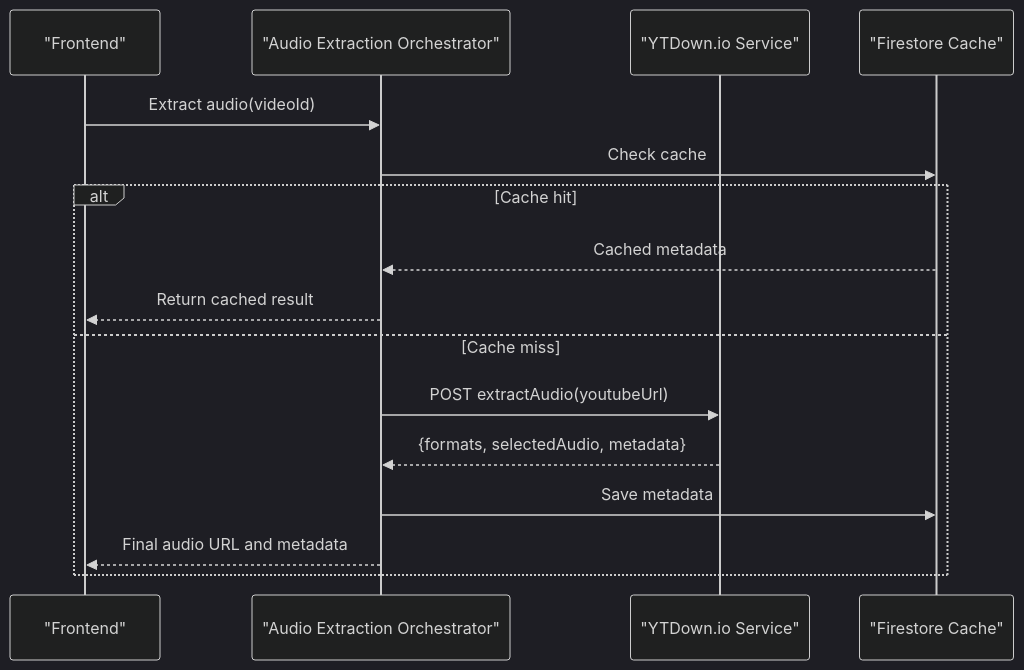
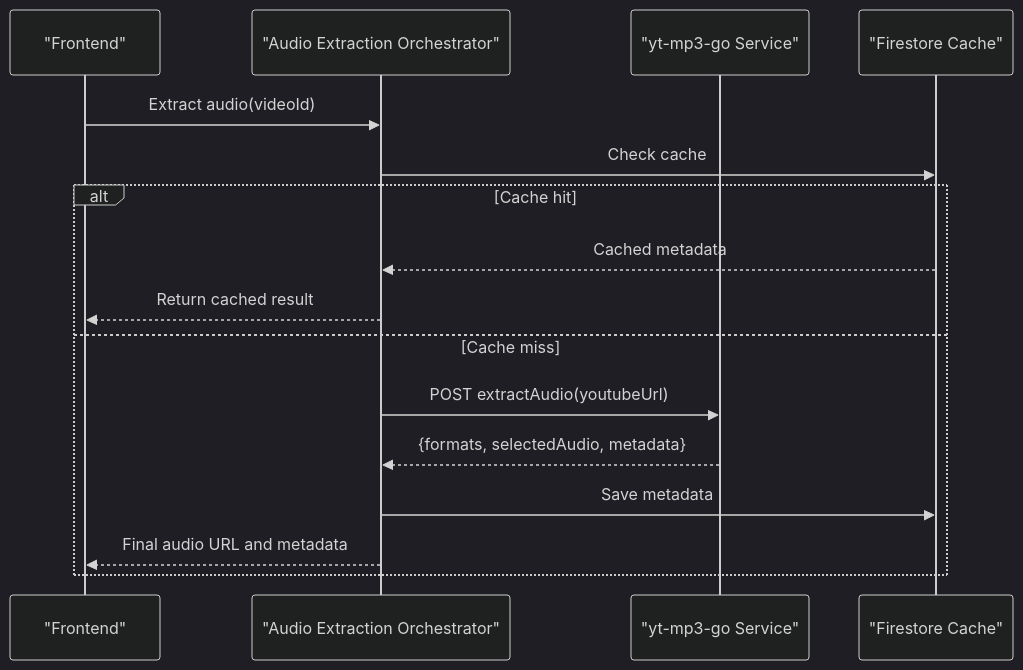
One commit to ptnghia-j/ChordMiniApp changed the third of 7 diagrams in .qoder/repowiki/en/content/Backend Services/External Integrations.md. Above: the diagram before and after it, drawn with Mermaid (dark theme). The commit also changed other lines of this file and 18 other files, not shown here.

````diff
--- a/.qoder/repowiki/en/content/Backend Services/External Integrations.md
+++ b/.qoder/repowiki/en/content/Backend Services/External Integrations.md
@@ -178,18 +178,18 @@
 ```mermaid
 sequenceDiagram
 participant FE as "Frontend"
 participant AE as "Audio Extraction Orchestrator"
-participant YT as "YTDown.io Service"
+participant YT as "yt-mp3-go Service"
 participant FS as "Firestore Cache"
 FE->>AE : Extract audio(videoId)
 AE->>FS : Check cache
 alt Cache hit
 FS-->>AE : Cached metadata
 AE-->>FE : Return cached result
 else Cache miss
 AE->>YT : POST extractAudio(youtubeUrl)
 YT-->>AE : {formats, selectedAudio, metadata}
 AE->>FS : Save metadata
 AE-->>FE : Final audio URL and metadata
 end
 ```
````
